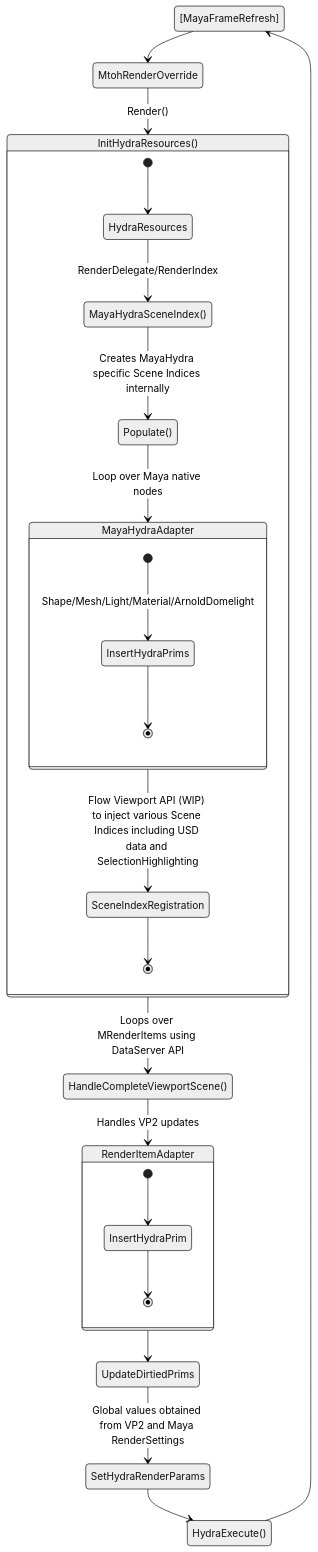
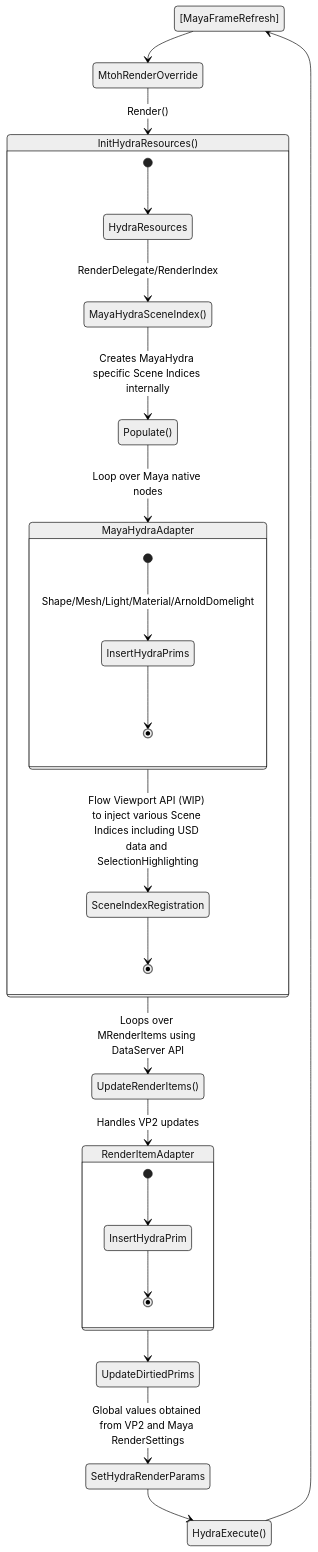
The fifth of 5 diagrams in doc/mayaHydraDetails.md (Autodesk/maya-hydra), drawn with Mermaid (neutral theme) before and after one commit. The commit also changed 11 other files, not shown here.

````diff
--- a/doc/mayaHydraDetails.md
+++ b/doc/mayaHydraDetails.md
@@ -124,31 +124,31 @@
 ```mermaid
 
 stateDiagram
   [MayaFrameRefresh] --> MtohRenderOverride 
   MtohRenderOverride --> InitHydraResources() : Render()
 
   state InitHydraResources() {
       [*] --> HydraResources
       HydraResources --> MayaHydraSceneIndex() :  RenderDelegate/RenderIndex
       MayaHydraSceneIndex() --> Populate() : Creates MayaHydra specific Scene Indices internally       
       Populate() --> MayaHydraAdapter : Loop over Maya native nodes
       MayaHydraAdapter --> SceneIndexRegistration : Flow Viewport API (WIP) to inject various Scene Indices including USD data and SelectionHighlighting
       SceneIndexRegistration --> [*]
   }
   
     state MayaHydraAdapter {
       [*] --> InsertHydraPrims : Shape/Mesh/Light/Material/ArnoldDomelight
       InsertHydraPrims --> [*]
   }
         
-  InitHydraResources() --> HandleCompleteViewportScene() : Loops over MRenderItems using DataServer API
+  InitHydraResources() --> UpdateRenderItems() : Loops over MRenderItems using DataServer API
   state RenderItemAdapter {
       [*] --> InsertHydraPrim
       InsertHydraPrim --> [*]
   }      
-  HandleCompleteViewportScene() --> RenderItemAdapter : Handles VP2 updates
+  UpdateRenderItems() --> RenderItemAdapter : Handles VP2 updates
   RenderItemAdapter --> UpdateDirtiedPrims
   UpdateDirtiedPrims --> SetHydraRenderParams : Global values obtained from VP2 and Maya RenderSettings
   SetHydraRenderParams --> HydraExecute()
   HydraExecute() -->  [MayaFrameRefresh]
 ```
````
